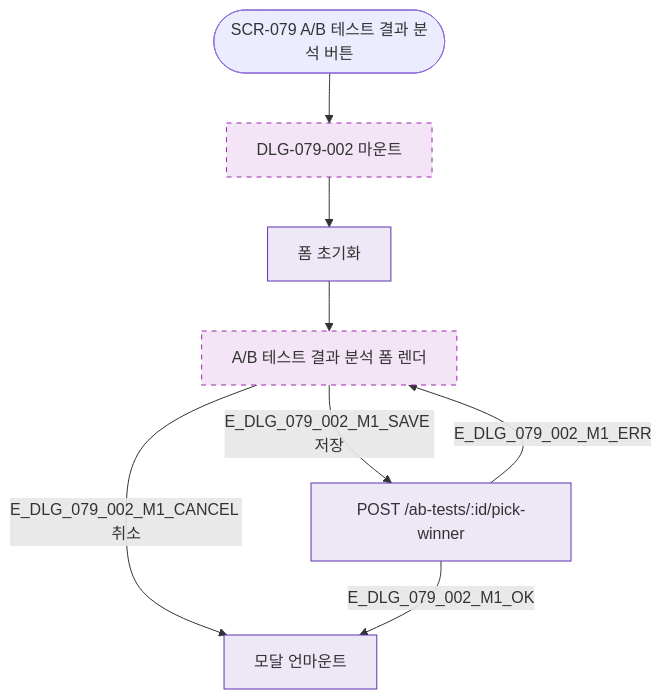
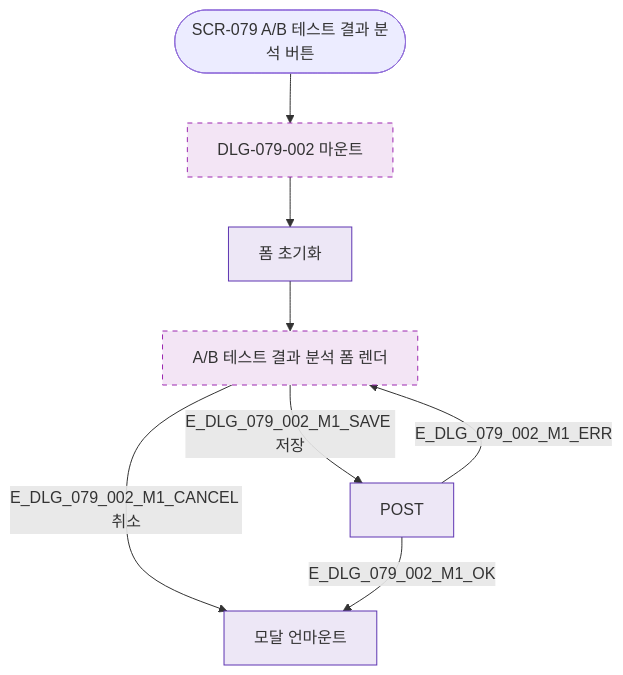
The diagram in docs/다이어그램/D08_마케팅/DLG/DLG-079-002/M1_모달생명주기.md (dev-spogym/admin-pando), drawn with Mermaid before and after one commit. The commit also changed other lines of this file and 1660 other files, not shown here.

First line of the commit message:
다이어그램: 기획자/클라이언트 납품본으로 정리

````diff
--- a/docs/다이어그램/D08_마케팅/DLG/DLG-079-002/M1_모달생명주기.md
+++ b/docs/다이어그램/D08_마케팅/DLG/DLG-079-002/M1_모달생명주기.md
@@ -14,16 +12,16 @@
 ```mermaid
 flowchart TD
   TRIGGER([SCR-079 A/B 테스트 결과 분석 버튼]) --> OPEN[DLG-079-002 마운트]
   OPEN --> INIT[폼 초기화]
   INIT --> RENDER[A/B 테스트 결과 분석 폼 렌더]
-  RENDER -->|E_DLG_079_002_M1_SAVE 저장| SUBMIT[POST /ab-tests/:id/pick-winner]
-  RENDER -->|E_DLG_079_002_M1_CANCEL 취소| UNMOUNT[모달 언마운트]
-  SUBMIT -->|E_DLG_079_002_M1_OK| UNMOUNT
-  SUBMIT -->|E_DLG_079_002_M1_ERR| RENDER
+  RENDER -->|E_DLG_079_002_M1_SAVE 저장|SUBMIT[POST]
+  RENDER -->|E_DLG_079_002_M1_CANCEL 취소|UNMOUNT[모달 언마운트]
+  SUBMIT -->|E_DLG_079_002_M1_OK|UNMOUNT
+  SUBMIT -->|E_DLG_079_002_M1_ERR|RENDER
 
   classDef newFeature fill:#F3E5F5,stroke:#9C27B0,stroke-dasharray:5 5
-  classDef system     fill:#EDE7F6,stroke:#5E35B2
+  classDef system fill:#EDE7F6,stroke:#5E35B2
 
   class OPEN,RENDER newFeature
   class INIT,SUBMIT,UNMOUNT system
 ```
````
